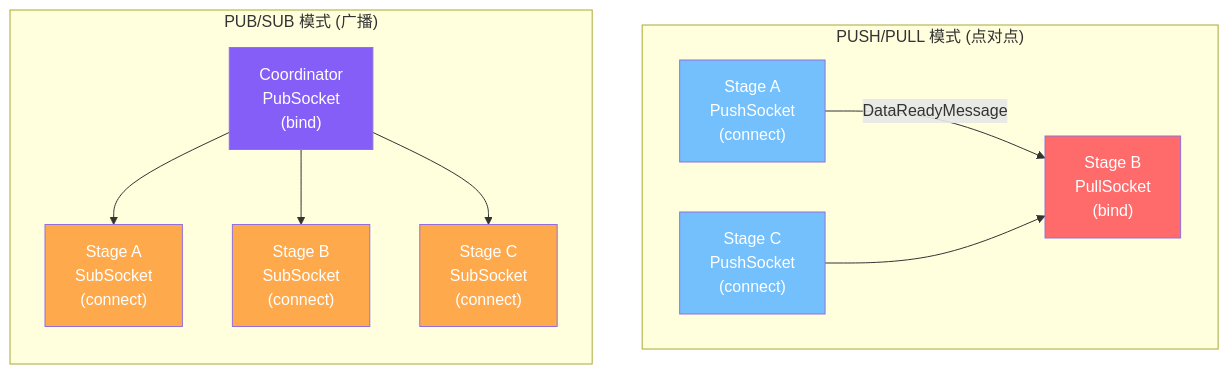
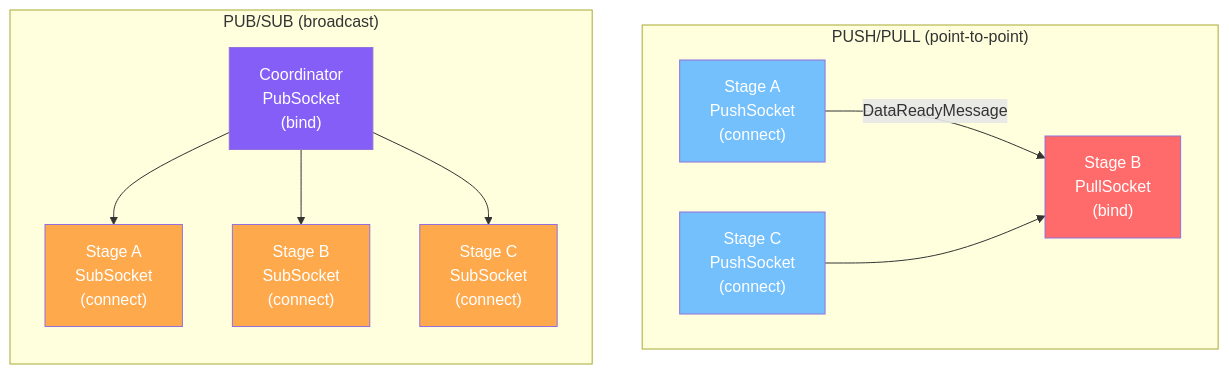
One commit to zhaochenyang20/Awesome-ML-SYS-Tutorial changed diagram 14 of 31 in sglang/sglang-omni/README.md. Above: the diagram before and after it, drawn with Mermaid. The commit also changed other lines of this file, not shown here.

First line of the commit message:
style: use English in all Mermaid diagrams, fix broken links, simplify oversized charts

````diff
--- a/sglang/sglang-omni/README.md
+++ b/sglang/sglang-omni/README.md
@@ -704,24 +639,24 @@
 ```mermaid
 graph TB
-    subgraph PUSHPULL["PUSH/PULL 模式 (点对点)"]
+    subgraph PUSHPULL["PUSH/PULL (point-to-point)"]
         direction LR
         PA["Stage A<br/>PushSocket<br/>(connect)"] --> |"DataReadyMessage"| PB["Stage B<br/>PullSocket<br/>(bind)"]
         PC["Stage C<br/>PushSocket<br/>(connect)"] --> PB
     end
 
-    subgraph PUBSUB["PUB/SUB 模式 (广播)"]
+    subgraph PUBSUB["PUB/SUB (broadcast)"]
         direction TB
         PUB["Coordinator<br/>PubSocket<br/>(bind)"]
         PUB --> SUB1["Stage A<br/>SubSocket<br/>(connect)"]
         PUB --> SUB2["Stage B<br/>SubSocket<br/>(connect)"]
         PUB --> SUB3["Stage C<br/>SubSocket<br/>(connect)"]
     end
 
     style PA fill:#74c0fc,color:#fff
     style PC fill:#74c0fc,color:#fff
     style PB fill:#ff6b6b,color:#fff
     style PUB fill:#845ef7,color:#fff
     style SUB1 fill:#ffa94d,color:#fff
     style SUB2 fill:#ffa94d,color:#fff
     style SUB3 fill:#ffa94d,color:#fff
 ```
````
